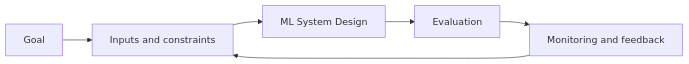
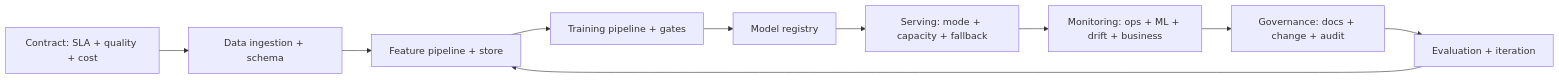
One commit to Icon1cc/Machine-Learning changed the diagram in mlops/12-ml-system-design.md. Above: the diagram before and after it, drawn with Mermaid. The commit also changed other lines of this file and 264 other files, not shown here.

````diff
--- a/mlops/12-ml-system-design.md
+++ b/mlops/12-ml-system-design.md
@@ -92,8 +397,12 @@
 ```mermaid
 flowchart LR
-    A[Goal] --> B[Inputs and constraints]
-    B --> C[ML System Design]
-    C --> D[Evaluation]
-    D --> E[Monitoring and feedback]
-    E --> B
+    C[Contract: SLA + quality + cost] --> D[Data ingestion + schema]
+    D --> F[Feature pipeline + store]
+    F --> T[Training pipeline + gates]
+    T --> R[Model registry]
+    R --> S[Serving: mode + capacity + fallback]
+    S --> M[Monitoring: ops + ML + drift + business]
+    M --> G[Governance: docs + change + audit]
+    G --> E[Evaluation + iteration]
+    E --> F
 ```
````
